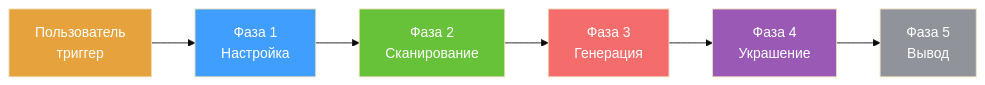
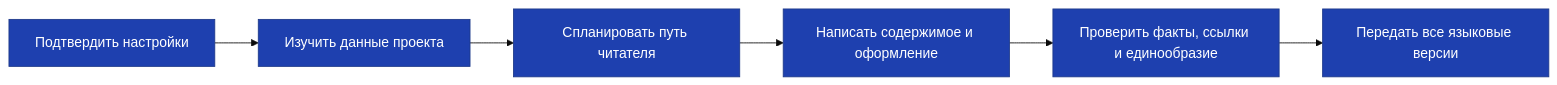
One commit to Not-A-Cracker/general-readme-skill changed the first of 2 diagrams in assets/README-ru.md. Above: the diagram before and after it, drawn with Mermaid (base theme). The commit also changed other lines of this file and 25 other files, not shown here.

Commit message:
feat: 重构为 readme-write 与 readme-update 双技能并强制流程图与语言对等

````diff
--- a/assets/README-ru.md
+++ b/assets/README-ru.md
@@ -44,14 +104,10 @@
 ```mermaid
-graph LR
-    A[Пользователь<br/>триггер] --> B[Фаза 1<br/>Настройка]
-    B --> C[Фаза 2<br/>Сканирование]
-    C --> D[Фаза 3<br/>Генерация]
-    D --> E[Фаза 4<br/>Украшение]
-    E --> F[Фаза 5<br/>Вывод]
-    style A fill:#E6A23C,color:#fff
-    style B fill:#409EFF,color:#fff
-    style C fill:#67C23A,color:#fff
-    style D fill:#F56C6C,color:#fff
-    style E fill:#9B59B6,color:#fff
-    style F fill:#909399,color:#fff
+flowchart LR
+    A[Подтвердить настройки] --> B[Изучить данные проекта]
+    B --> C[Спланировать путь читателя]
+    C --> D[Написать содержимое и оформление]
+    D --> E[Проверить факты, ссылки и единообразие]
+    E --> F[Передать все языковые версии]
+    classDef step fill:#1e40af,stroke:#1e3a8a,color:#fff
+    class A,B,C,D,E,F step
 ```
````
